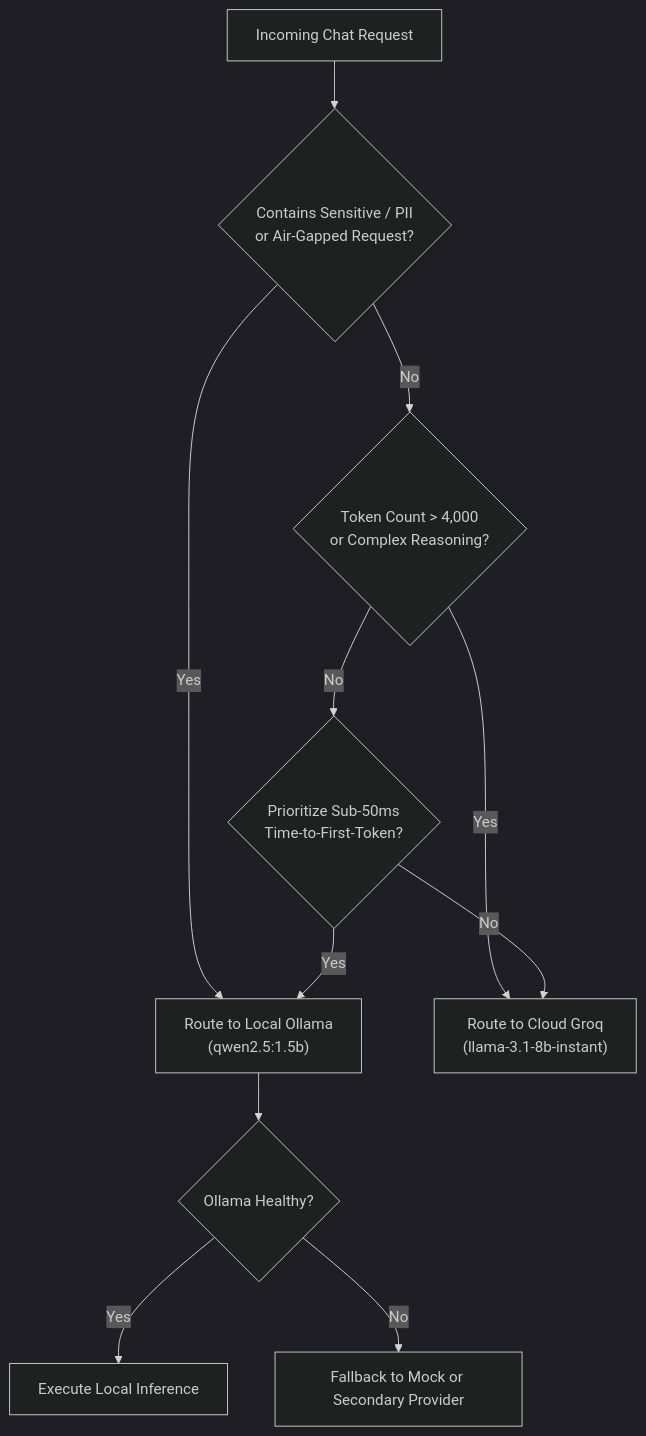
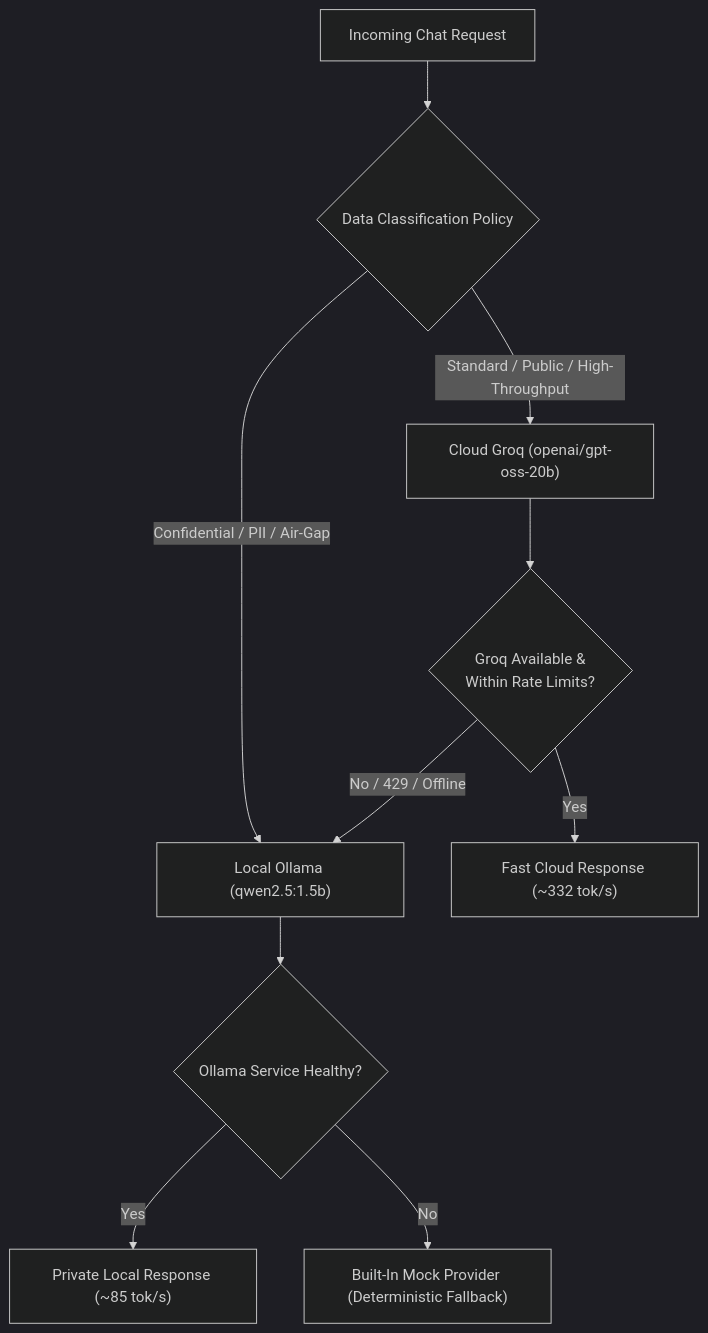
Before and after one commit to Harshal-112/internship_task: the diagram in docs/recommendations.md, drawn with Mermaid (dark theme). The commit also changed other lines of this file and 11 other files, not shown here.

````diff
--- a/docs/recommendations.md
+++ b/docs/recommendations.md
@@ -73,17 +100,15 @@
 ```mermaid
 flowchart TD
-    Req["Incoming Chat Request"] --> ChkPrivacy{"Contains Sensitive / PII<br/>or Air-Gapped Request?"}
+    Req["Incoming Chat Request"] --> PolicyCheck{"Data Classification Policy"}
     
-    ChkPrivacy -- Yes --> LocalRoute["Route to Local Ollama<br/>(qwen2.5:1.5b)"]
-    ChkPrivacy -- No --> ChkContext{"Token Count > 4,000<br/>or Complex Reasoning?"}
+    PolicyCheck -- "Confidential / PII / Air-Gap" --> Local["Local Ollama (qwen2.5:1.5b)"]
+    PolicyCheck -- "Standard / Public / High-Throughput" --> Cloud["Cloud Groq (openai/gpt-oss-20b)"]
     
-    ChkContext -- Yes --> CloudRoute["Route to Cloud Groq<br/>(llama-3.1-8b-instant)"]
-    ChkContext -- No --> ChkLatency{"Prioritize Sub-50ms<br/>Time-to-First-Token?"}
+    Cloud --> CloudCheck{"Groq Available &<br/>Within Rate Limits?"}
+    CloudCheck -- Yes --> CloudResp["Fast Cloud Response (~332 tok/s)"]
+    CloudCheck -- No / 429 / Offline --> Local
     
-    ChkLatency -- Yes --> LocalRoute
-    ChkLatency -- No --> CloudRoute
-    
-    LocalRoute --> HealthCheck{"Ollama Healthy?"}
-    HealthCheck -- Yes --> ExecLocal["Execute Local Inference"]
-    HealthCheck -- No --> FallbackMock["Fallback to Mock or Secondary Provider"]
+    Local --> LocalCheck{"Ollama Service Healthy?"}
+    LocalCheck -- Yes --> LocalResp["Private Local Response (~85 tok/s)"]
+    LocalCheck -- No --> Mock["Built-In Mock Provider (Deterministic Fallback)"]
 ```
````
